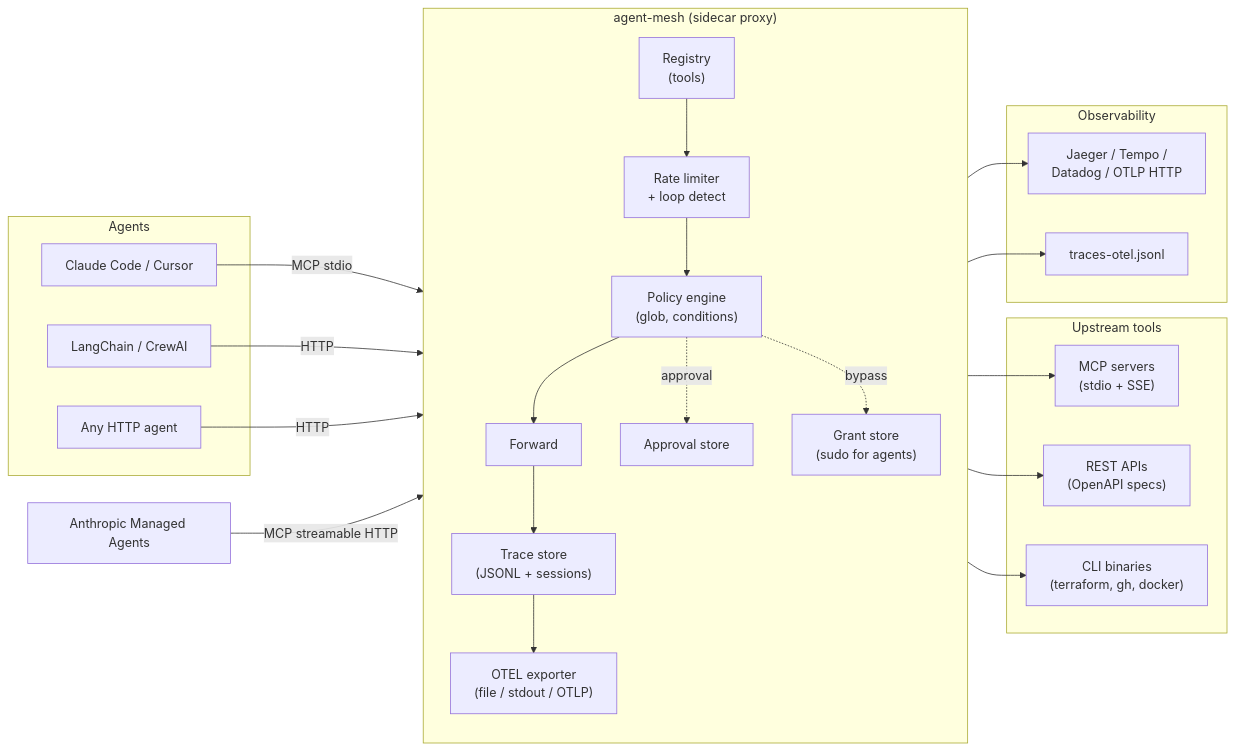
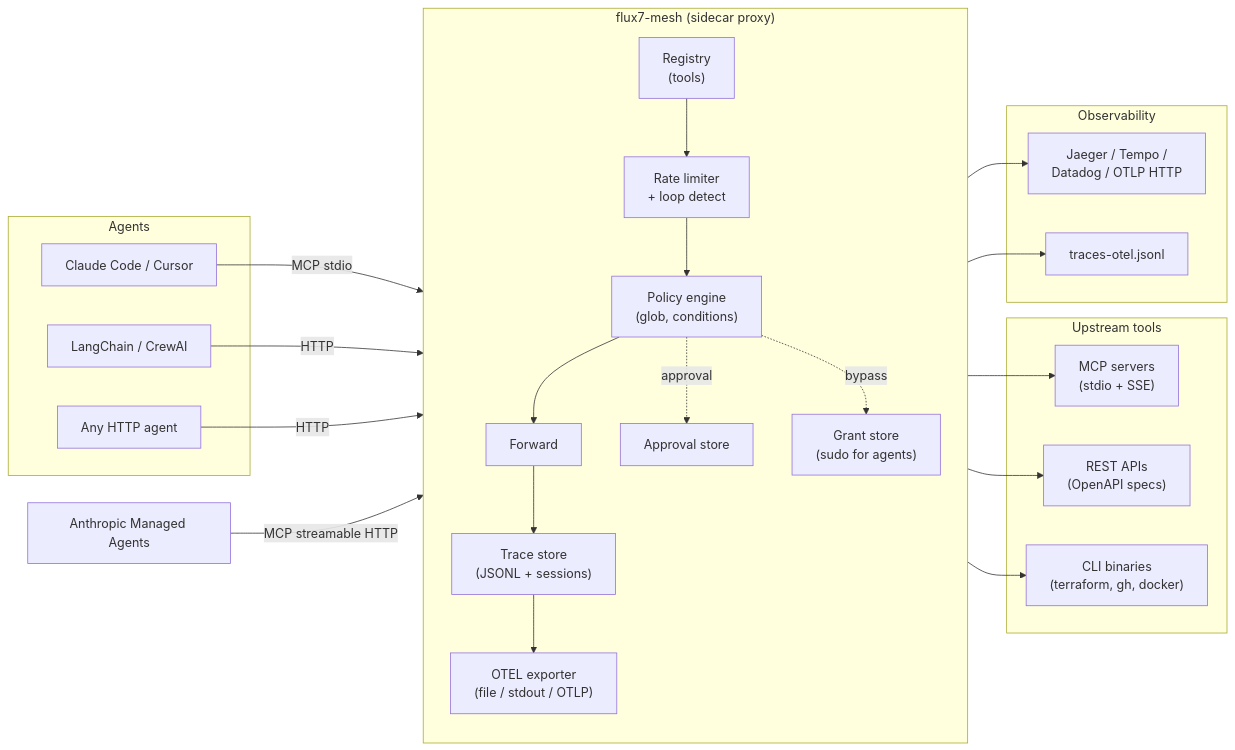
One commit to KTCrisis/flux7-mesh changed the diagram in README.md. Above: the diagram before and after it, drawn with Mermaid. The commit also changed other lines of this file and 28 other files, not shown here.

First line of the commit message:
chore: rename binary from agent-mesh to mesh7

````diff
--- a/README.md
+++ b/README.md
@@ -29,51 +29,51 @@
 ```mermaid
 flowchart LR
     subgraph Agents["Agents"]
         A1["Claude Code / Cursor"]
         A2["LangChain / CrewAI"]
         A3["Any HTTP agent"]
     end
 
-    subgraph Mesh["agent-mesh (sidecar proxy)"]
+    subgraph Mesh["flux7-mesh (sidecar proxy)"]
         direction TB
         REG["Registry<br/>(tools)"]
         RL["Rate limiter<br/>+ loop detect"]
         POL["Policy engine<br/>(glob, conditions)"]
         FWD["Forward"]
         APP["Approval store"]
         GRT["Grant store<br/>(sudo for agents)"]
         TRC["Trace store<br/>(JSONL + sessions)"]
         OTEL["OTEL exporter<br/>(file / stdout / OTLP)"]
 
         REG --> RL --> POL --> FWD
         POL -.approval.-> APP
         POL -.bypass.-> GRT
         FWD --> TRC
         TRC --> OTEL
     end
 
     subgraph Upstream["Upstream tools"]
         U1["MCP servers<br/>(stdio + SSE)"]
         U2["REST APIs<br/>(OpenAPI specs)"]
         U3["CLI binaries<br/>(terraform, gh, docker)"]
     end
 
     subgraph Observability["Observability"]
         O1["Jaeger / Tempo /<br/>Datadog / OTLP HTTP"]
         O2["traces-otel.jsonl"]
     end
 
     A4["Anthropic Managed Agents"]
 
     A1 -- "MCP stdio" --> Mesh
     A2 -- HTTP --> Mesh
     A3 -- HTTP --> Mesh
     A4 -- "MCP streamable HTTP" --> Mesh
 
     FWD --> U1
     FWD --> U2
     FWD --> U3
 
     OTEL --> O1
     OTEL --> O2
 ```
````
